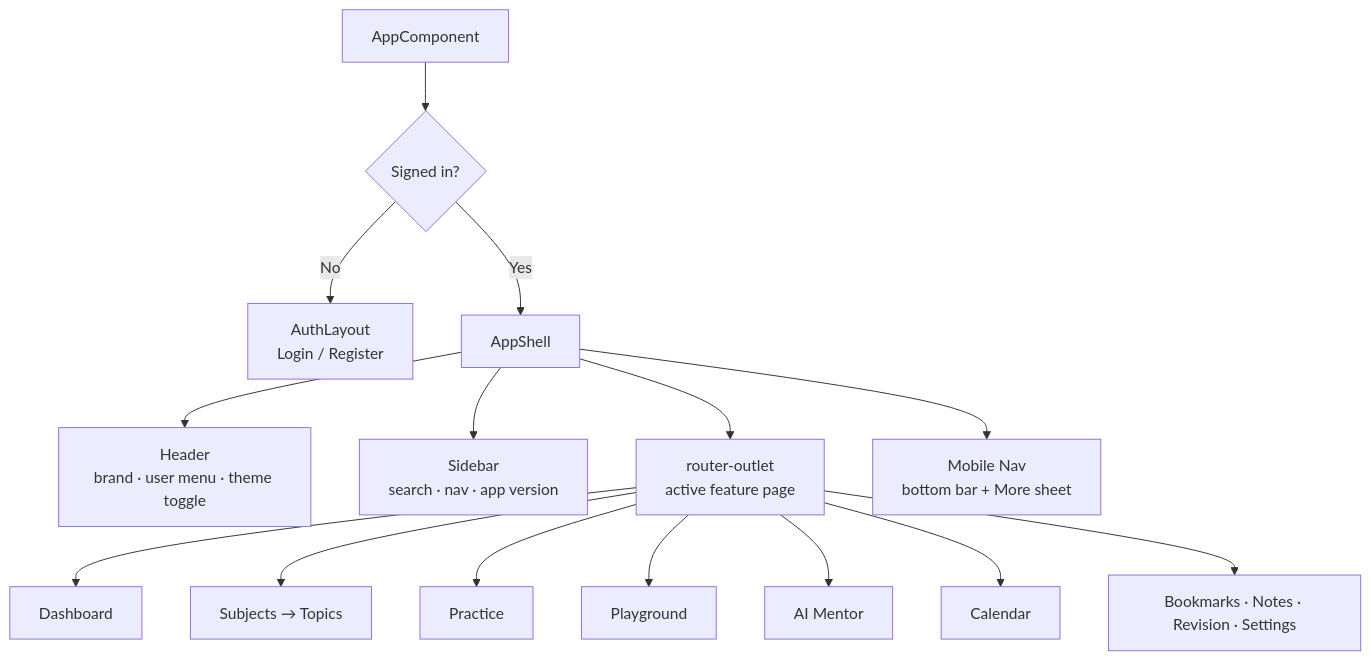
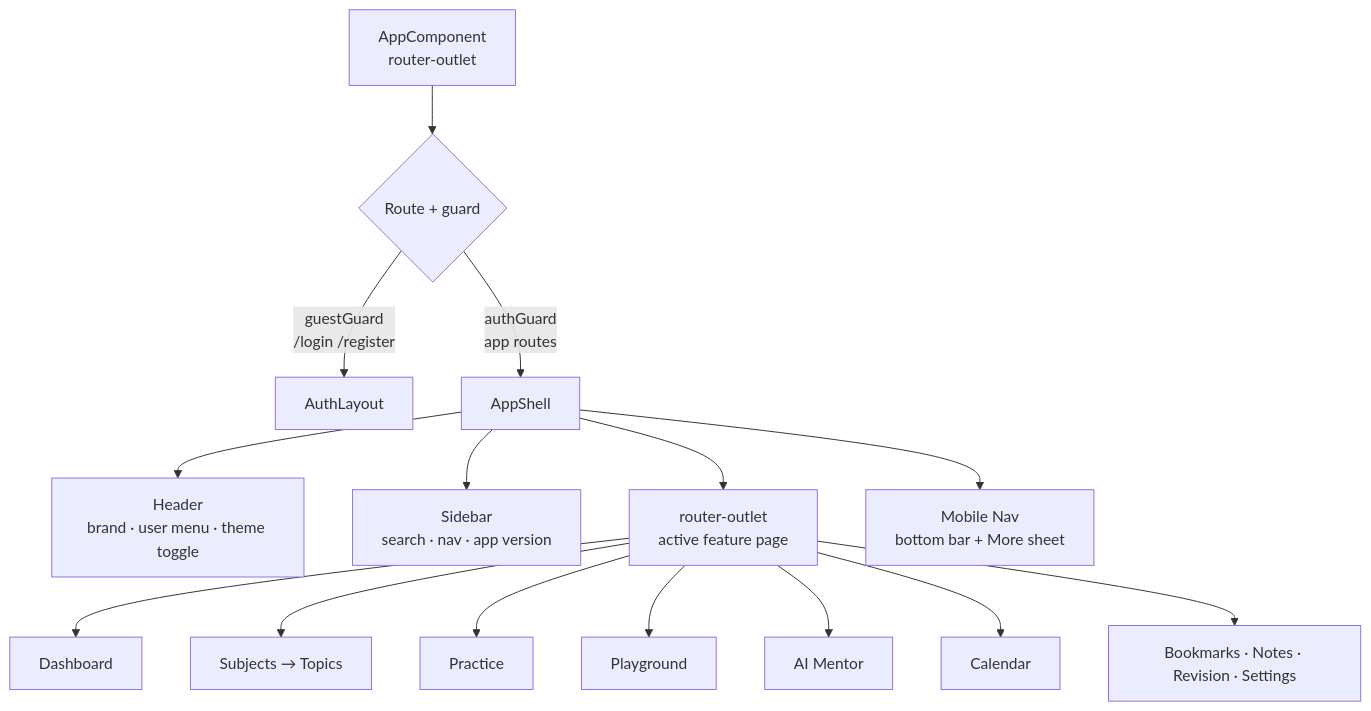
One commit to RoshanMali1205/skill-hunter changed the first of 5 diagrams in README.md. Above: the diagram before and after it, drawn with Mermaid. The commit also changed other lines of this file, not shown here.

Commit message:
Update README architecture for route-based auth layouts

````diff
--- a/README.md
+++ b/README.md
@@ -127,17 +127,17 @@
 ```mermaid
 flowchart TD
-    A[AppComponent] --> B{Signed in?}
-    B -- No --> C[AuthLayout<br/>Login / Register]
-    B -- Yes --> D[AppShell]
+    A[AppComponent<br/>router-outlet] --> R{Route + guard}
+    R -- guestGuard<br/>/login /register --> C[AuthLayout]
+    R -- authGuard<br/>app routes --> D[AppShell]
     D --> E[Header<br/>brand · user menu · theme toggle]
     D --> F[Sidebar<br/>search · nav · app version]
     D --> G[router-outlet<br/>active feature page]
     D --> H[Mobile Nav<br/>bottom bar + More sheet]
     G --> I[Dashboard]
     G --> J[Subjects → Topics]
     G --> K[Practice]
     G --> L[Playground]
     G --> M[AI Mentor]
     G --> N[Calendar]
     G --> O[Bookmarks · Notes · Revision · Settings]
 ```
````
